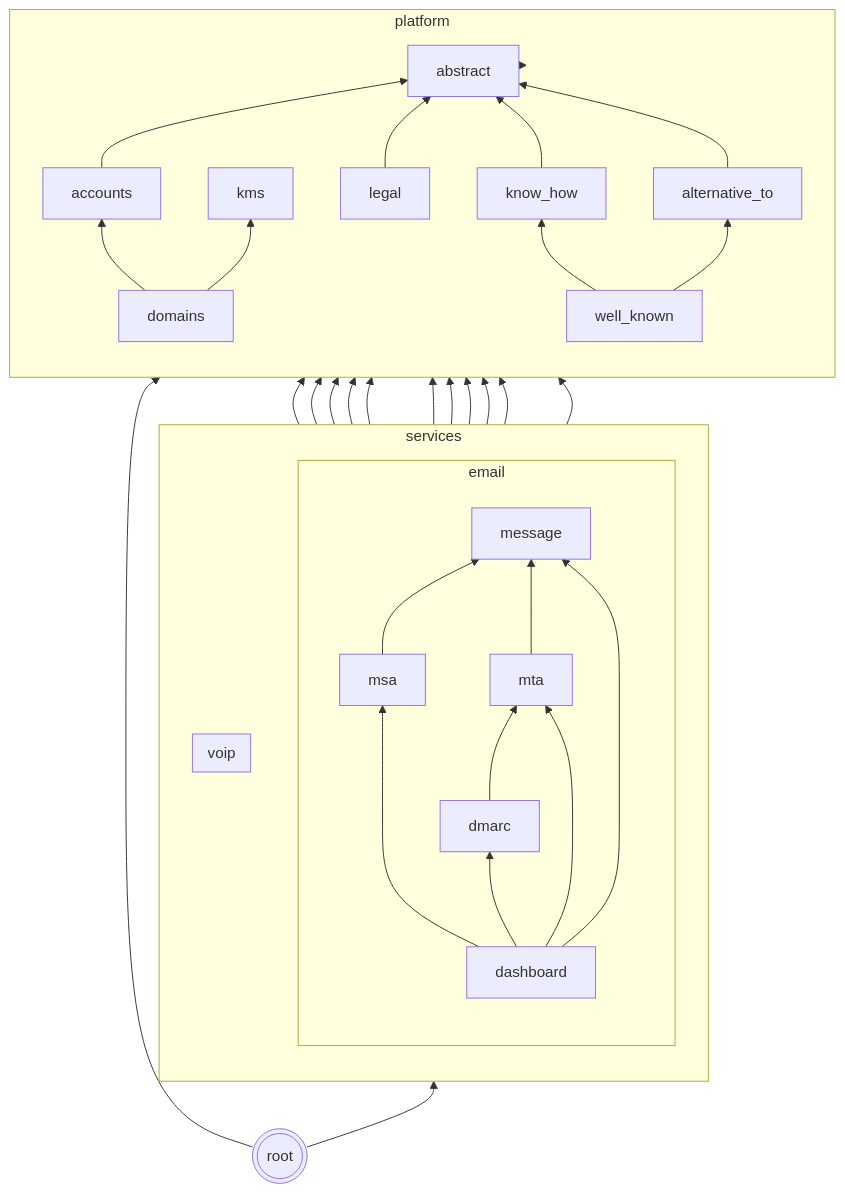
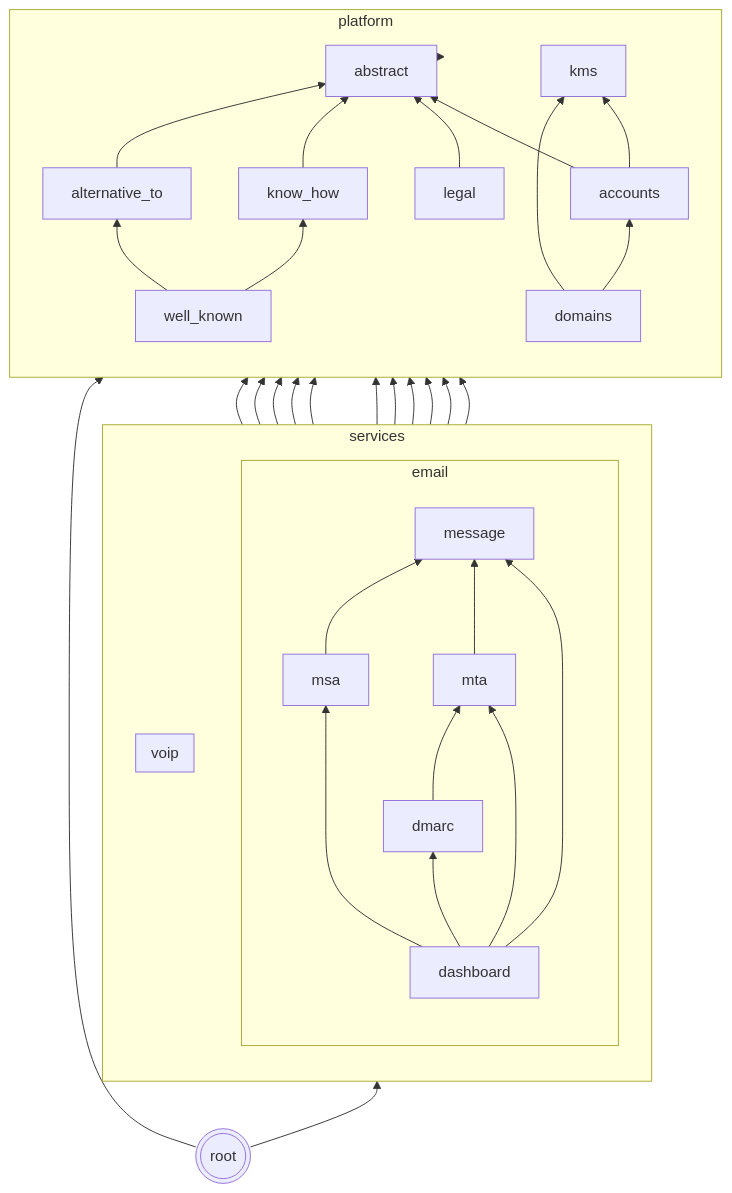
Before and after one commit to codingjoe/relay: the second of 2 diagrams in README.md, drawn with Mermaid. The commit also changed 37 other files, not shown here.

````diff
--- a/README.md
+++ b/README.md
@@ -183,58 +183,59 @@
 ```mermaid
 graph BT
  abstract[abstract];
  kms[kms];
  subgraph platform
  direction BT
  accounts
  domains
  know_how[know_how]
  alternative_to[alternative_to]
  legal
  well_known[well_known]
  domains --> accounts
  accounts --> abstract
+ accounts --> kms
  domains --> kms
  legal --> abstract
  know_how --> abstract
  alternative_to --> abstract
  well_known --> know_how
  well_known --> alternative_to
  end
  subgraph services
  direction BT
  subgraph email
  direction BT
  dashboard[dashboard]
  message[message]
  msa
  mta
  dmarc
  message --> accounts
  message --> domains
  msa --> message
  msa --> accounts
  msa --> domains
  msa --> kms
  mta --> message
  mta --> accounts
  mta --> domains
  mta --> kms
  dmarc --> accounts
  dmarc --> domains
  dmarc --> mta
  dashboard --> message
  dashboard --> msa
  dashboard --> mta
  dashboard --> dmarc
  end
  subgraph voip
  direction BT
  end
  end
  services --> platform;
  platform --> abstract;
  root --> services;
  root --> platform;
  root(((root)))
 ```
````
